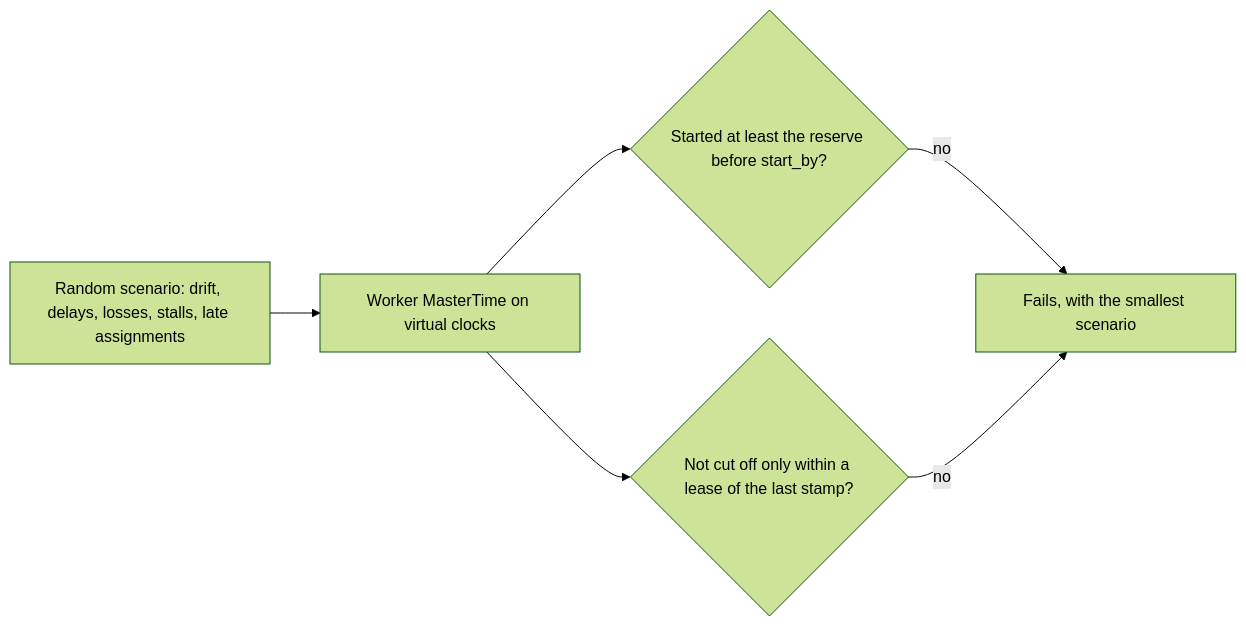
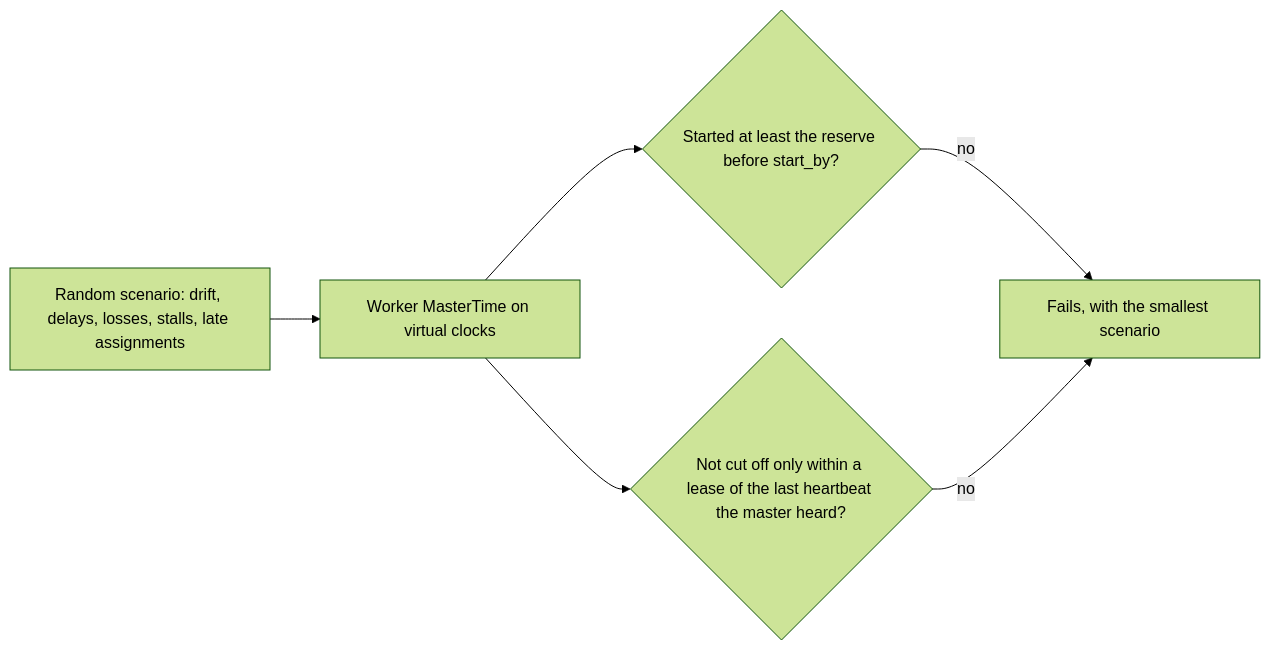
Diagram 16 of 24 in docs/03-guide/17-master-clock.md (ptutak/schedr), drawn with Mermaid (forest theme) before and after one commit. The commit also changed other lines of this file and 14 other files, not shown here.

First line of the commit message:
B233: a worker's cutoff also counts from the send of the last heartbeat the master heard (D453)

````diff
--- a/docs/03-guide/17-master-clock.md
+++ b/docs/03-guide/17-master-clock.md
@@ -276,8 +300,8 @@
 ```{mermaid}
 flowchart LR
     gen[Random scenario: drift, delays, losses, stalls, late assignments] --> sim[Worker MasterTime on virtual clocks]
     sim --> rule1{Started at least the reserve before start_by?}
-    sim --> rule3{Not cut off only within a lease of the last stamp?}
+    sim --> rule3{Not cut off only within a lease of the last heartbeat the master heard?}
     rule1 -->|no| fail[Fails, with the smallest scenario]
     rule3 -->|no| fail
 ```
````
